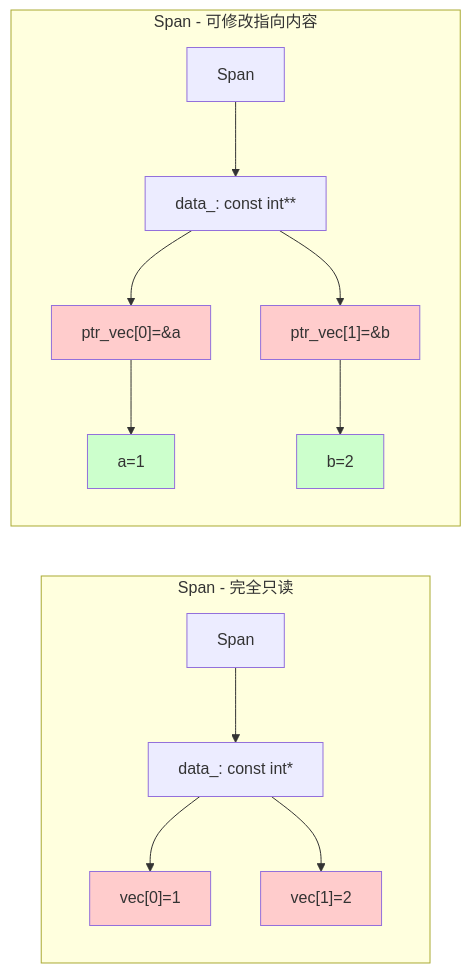
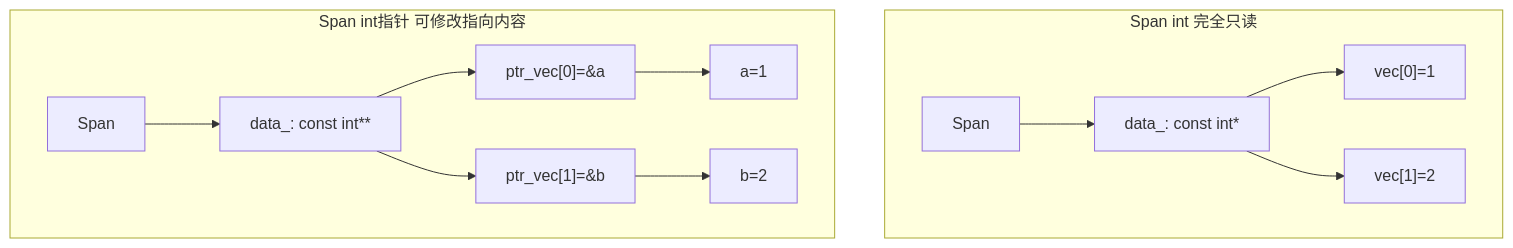
The second of 5 diagrams in 杂/markdown/学习节点/基础库/02_Span.md (yunkezengren/blender-.vscode), drawn with Mermaid before and after one commit. The commit also changed other lines of this file and 4 other files, not shown here.

````diff
--- a/杂/markdown/学习节点/基础库/02_Span.md
+++ b/杂/markdown/学习节点/基础库/02_Span.md
@@ -881,22 +578,16 @@
 ```mermaid
-flowchart LR
-    subgraph "Span<int> - 完全只读"
-        A1[Span] --> B1[data_: const int*]
+flowchart TB
+    subgraph "Span int 完全只读"
+        A1["Span"] --> B1["data_: const int*"]
         B1 --> C1["vec[0]=1"]
         B1 --> D1["vec[1]=2"]
-        style C1 fill:#ffcccc
-        style D1 fill:#ffcccc
     end
     
-    subgraph "Span<int*> - 可修改指向内容"
-        A2[Span] --> B2["data_: const int**"]
+    subgraph "Span int指针 可修改指向内容"
+        A2["Span"] --> B2["data_: const int**"]
         B2 --> C2["ptr_vec[0]=&a"]
         B2 --> D2["ptr_vec[1]=&b"]
-        C2 --> E2[a=1]
-        D2 --> F2[b=2]
-        style C2 fill:#ffcccc
-        style D2 fill:#ffcccc
-        style E2 fill:#ccffcc
-        style F2 fill:#ccffcc
+        C2 --> E2["a=1"]
+        D2 --> F2["b=2"]
     end
 ```
````
